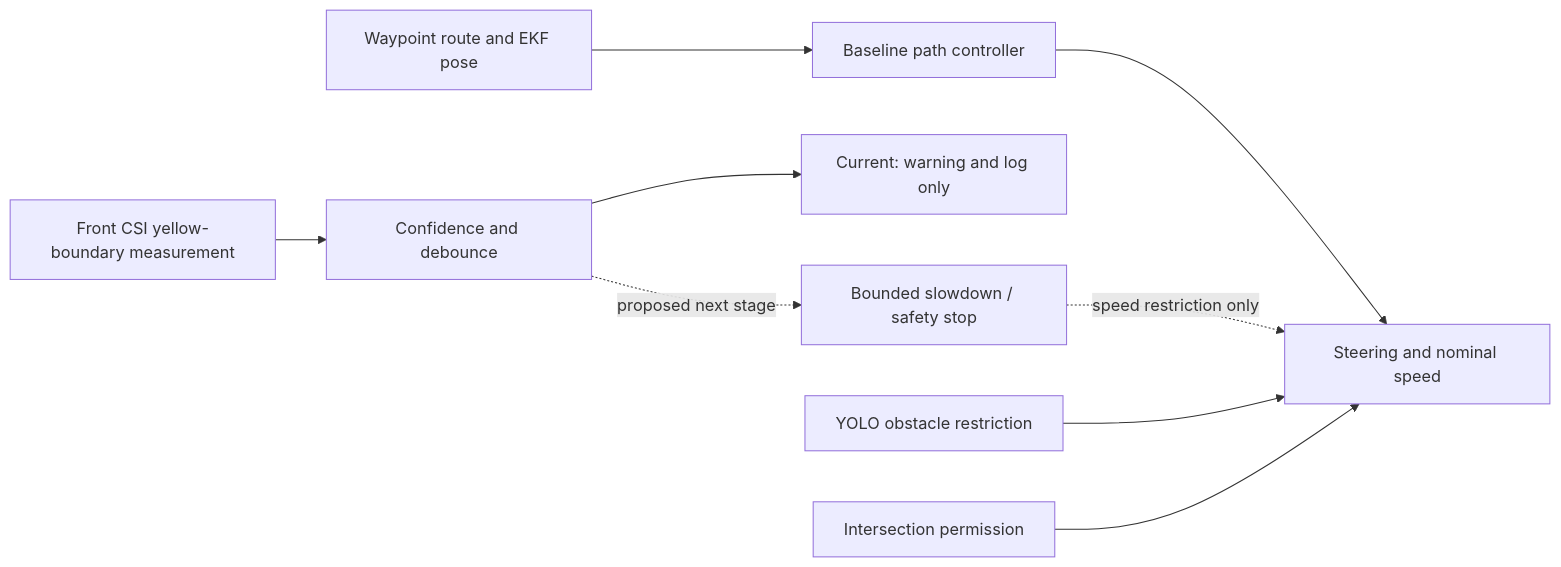
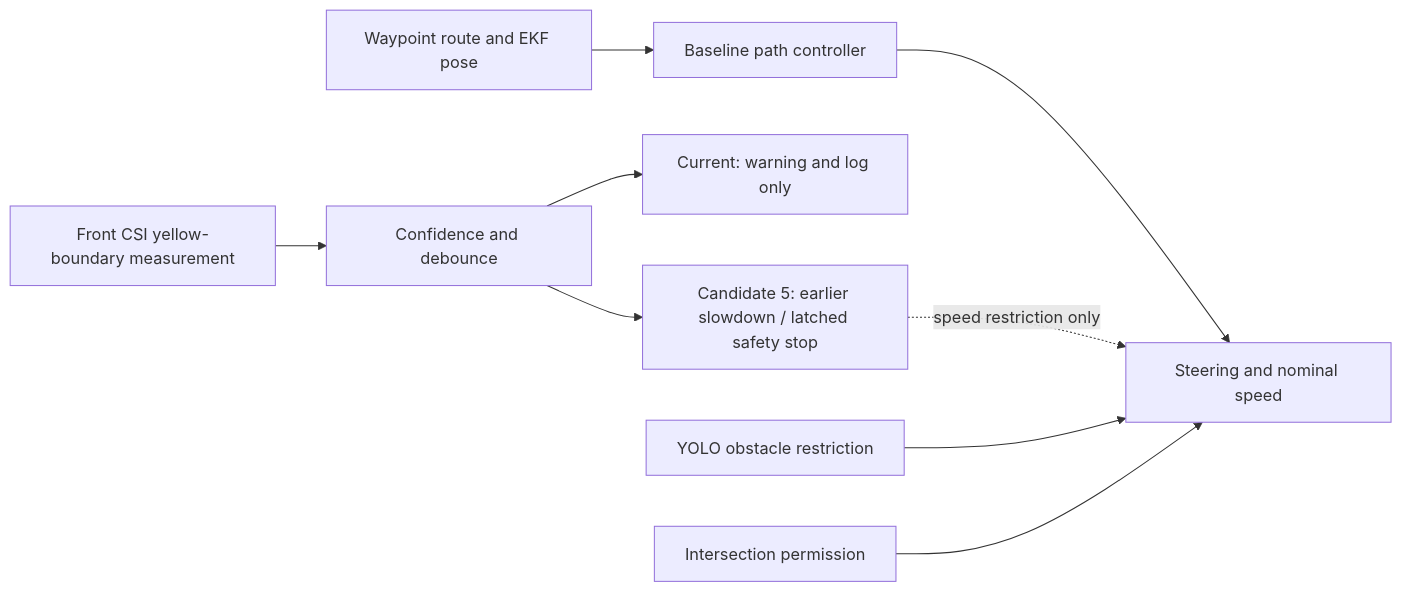
The fourth of 4 diagrams in docs/SYSTEM_ARCHITECTURE.md (Fis-ayo/QCar), drawn with Mermaid before and after one commit. The commit also changed other lines of this file and 41 other files, not shown here.

````diff
--- a/docs/SYSTEM_ARCHITECTURE.md
+++ b/docs/SYSTEM_ARCHITECTURE.md
@@ -119,11 +119,11 @@
 ```mermaid
 flowchart LR
     MAP[Waypoint route and EKF pose] --> BASE[Baseline path controller]
     CSI[Front CSI yellow-boundary measurement] --> CONF[Confidence and debounce]
     CONF --> WARN[Current: warning and log only]
-    CONF -. proposed next stage .-> LIMIT[Bounded slowdown / safety stop]
+    CONF --> LIMIT[Candidate 5: earlier slowdown / latched safety stop]
     BASE --> ACT[Steering and nominal speed]
     LIMIT -. speed restriction only .-> ACT
     YOLO[YOLO obstacle restriction] --> ACT
     CZ[Intersection permission] --> ACT
 ```
````
